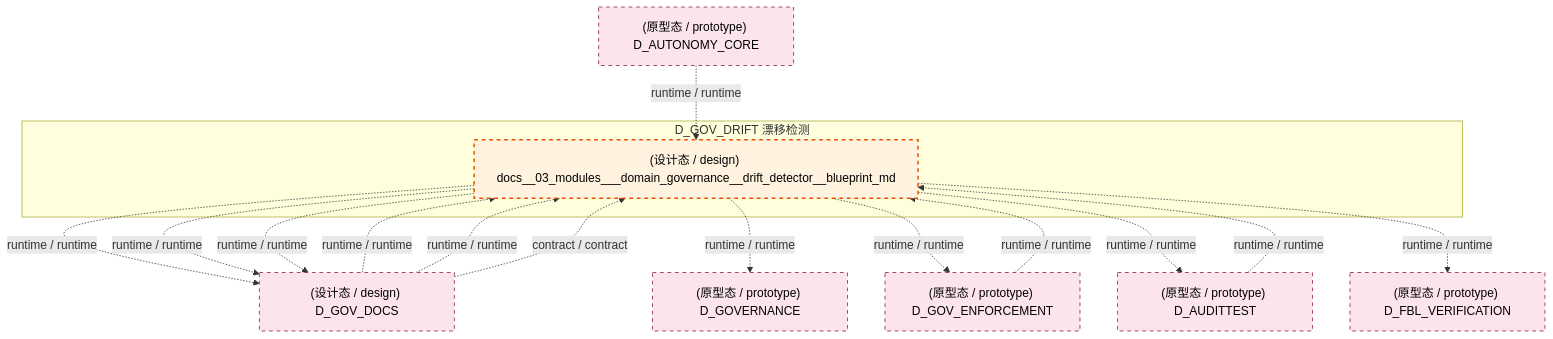
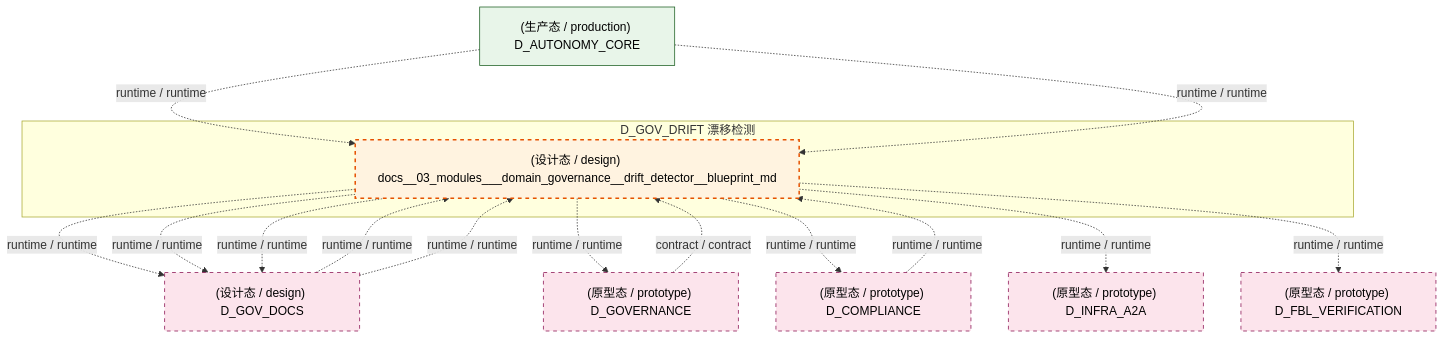
Before and after one commit to xuanFelixVan/ZephyrAlpha: the fifth of 7 diagrams in docs/02_enterprise_architecture/02_domain_architecture_docs/39_d_gov_drift.md, drawn with Mermaid. The commit also changed other lines of this file and 112 other files, not shown here.

````diff
--- a/docs/02_enterprise_architecture/02_domain_architecture_docs/39_d_gov_drift.md
+++ b/docs/02_enterprise_architecture/02_domain_architecture_docs/39_d_gov_drift.md
@@ -467,31 +532,32 @@
 ```mermaid
 graph TD
     subgraph D_GOV_DRIFT["D_GOV_DRIFT 漂移检测"]
         docs_03_modules_domain_governance_drift_detector_blueprint_md["(设计态 / design) docs__03_modules___domain_governance__drift_detector__blueprint_md"]
     end
     D_GOV_DOCS["(设计态 / design) D_GOV_DOCS"]
     docs_03_modules_domain_governance_drift_detector_blueprint_md -.->|runtime / runtime| D_GOV_DOCS
     D_GOVERNANCE["(原型态 / prototype) D_GOVERNANCE"]
     docs_03_modules_domain_governance_drift_detector_blueprint_md -.->|runtime / runtime| D_GOVERNANCE
-    D_GOV_ENFORCEMENT["(原型态 / prototype) D_GOV_ENFORCEMENT"]
-    docs_03_modules_domain_governance_drift_detector_blueprint_md -.->|runtime / runtime| D_GOV_ENFORCEMENT
-    D_AUDITTEST["(原型态 / prototype) D_AUDITTEST"]
-    docs_03_modules_domain_governance_drift_detector_blueprint_md -.->|runtime / runtime| D_AUDITTEST
+    D_COMPLIANCE["(原型态 / prototype) D_COMPLIANCE"]
+    docs_03_modules_domain_governance_drift_detector_blueprint_md -.->|runtime / runtime| D_COMPLIANCE
+    D_INFRA_A2A["(原型态 / prototype) D_INFRA_A2A"]
+    docs_03_modules_domain_governance_drift_detector_blueprint_md -.->|runtime / runtime| D_INFRA_A2A
     D_FBL_VERIFICATION["(原型态 / prototype) D_FBL_VERIFICATION"]
     docs_03_modules_domain_governance_drift_detector_blueprint_md -.->|runtime / runtime| D_FBL_VERIFICATION
     docs_03_modules_domain_governance_drift_detector_blueprint_md -.->|runtime / runtime| D_GOV_DOCS
     docs_03_modules_domain_governance_drift_detector_blueprint_md -.->|runtime / runtime| D_GOV_DOCS
-    D_GOV_ENFORCEMENT -.->|runtime / runtime| docs_03_modules_domain_governance_drift_detector_blueprint_md
+    D_COMPLIANCE -.->|runtime / runtime| docs_03_modules_domain_governance_drift_detector_blueprint_md
     D_GOV_DOCS -.->|runtime / runtime| docs_03_modules_domain_governance_drift_detector_blueprint_md
     D_GOV_DOCS -.->|runtime / runtime| docs_03_modules_domain_governance_drift_detector_blueprint_md
-    D_GOV_DOCS -.->|contract / contract| docs_03_modules_domain_governance_drift_detector_blueprint_md
-    D_AUTONOMY_CORE["(原型态 / prototype) D_AUTONOMY_CORE"]
+    D_GOVERNANCE -.->|contract / contract| docs_03_modules_domain_governance_drift_detector_blueprint_md
+    D_AUTONOMY_CORE["(生产态 / production) D_AUTONOMY_CORE"]
     D_AUTONOMY_CORE -.->|runtime / runtime| docs_03_modules_domain_governance_drift_detector_blueprint_md
-    D_AUDITTEST -.->|runtime / runtime| docs_03_modules_domain_governance_drift_detector_blueprint_md
+    D_AUTONOMY_CORE -.->|runtime / runtime| docs_03_modules_domain_governance_drift_detector_blueprint_md
     classDef production fill:#e1f5fe,stroke:#01579b,stroke-width:2px,color:#000
     classDef design fill:#fff3e0,stroke:#e65100,stroke-width:2px,color:#000,stroke-dasharray: 5 5
     classDef external_prod fill:#e8f5e9,stroke:#1b5e20,stroke-width:1px,color:#000
     classDef external_design fill:#fce4ec,stroke:#880e4f,stroke-width:1px,color:#000,stroke-dasharray: 5 5
     class docs_03_modules_domain_governance_drift_detector_blueprint_md design
-    class D_GOV_DOCS,D_GOVERNANCE,D_GOV_ENFORCEMENT,D_AUDITTEST,D_FBL_VERIFICATION,D_AUTONOMY_CORE external_design
+    class D_AUTONOMY_CORE external_prod
+    class D_GOV_DOCS,D_GOVERNANCE,D_COMPLIANCE,D_INFRA_A2A,D_FBL_VERIFICATION external_design
 ```
````
